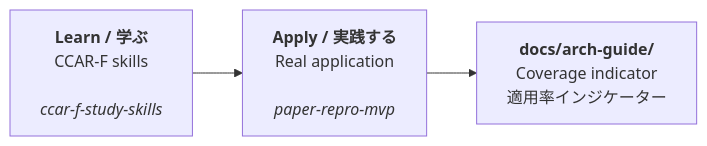
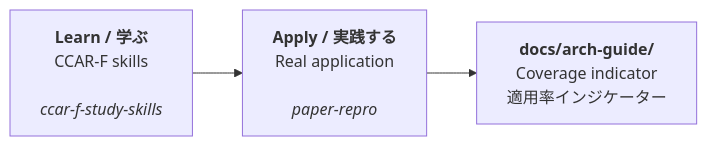
The diagram in README.md (ChestnutForest/ChestnutForest), drawn with Mermaid before and after one commit. The commit also changed other lines of this file, not shown here.

````diff
--- a/README.md
+++ b/README.md
@@ -22,9 +22,9 @@
 ```mermaid
 graph LR
     A["<b>Learn / 学ぶ</b><br/>CCAR-F skills<br/><br/><i>ccar-f-study-skills</i>"]
-    B["<b>Apply / 実践する</b><br/>Real application<br/><br/><i>paper-repro-mvp</i>"]
+    B["<b>Apply / 実践する</b><br/>Real application<br/><br/><i>paper-repro</i>"]
     C["<b>docs/arch-guide/</b><br/>Coverage indicator<br/>適用率インジケーター"]
 
     A --> B
     B --> C
 ```
````
